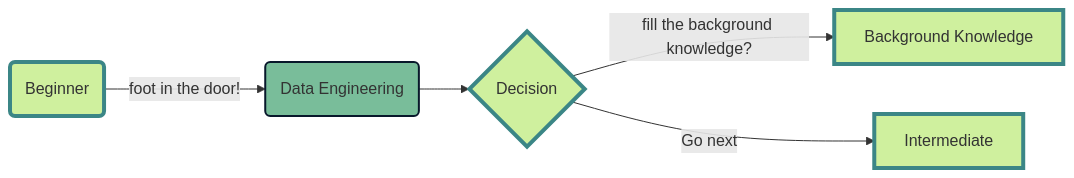
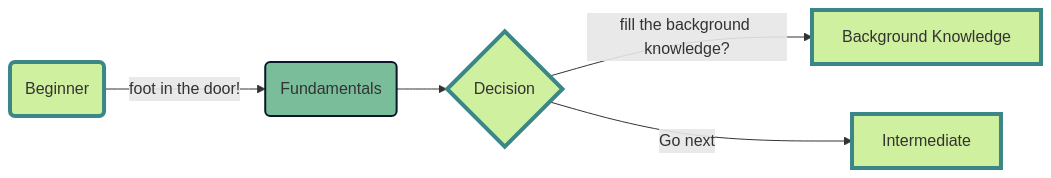
Before and after one commit to Pseudo-Lab/data-engineering-for-everybody: the third of 7 diagrams in README.md, drawn with Mermaid.

Commit message:
:pencil: fundamental chart 수정
docs: fundamental chart 수정

Data Engineering보다는 fundamentals라는 워딩이 더 어울릴 것 같아 수정하였습니다.
Fundamental Chart가 만들어지면 Intermediate, Advanced, Background Knowledge도 금방 만들 수 있을 것 같습니다.

````diff
--- a/README.md
+++ b/README.md
@@ -70,13 +70,13 @@
 ```mermaid
 flowchart LR
-A(Beginner) -->|foot in the door!| B(Data Engineering)
+A(Beginner) -->|foot in the door!| B(Fundamentals)
 B --> C{Decision}
 C -->|fill the background knowledge?| D[Background Knowledge]
 C -->|Go next| E[Intermediate]
 
 style A fill:#cff09e,stroke:#3b8686,stroke-width:4px
 style B fill:#79bd9a,stroke:#08182b,stroke-width:2px
 style C fill:#cff09e,stroke:#3b8686,stroke-width:4px, 
 style D fill:#cff09e,stroke:#3b8686,stroke-width:4px
 style E fill:#cff09e,stroke:#3b8686,stroke-width:4px
 ```
````
